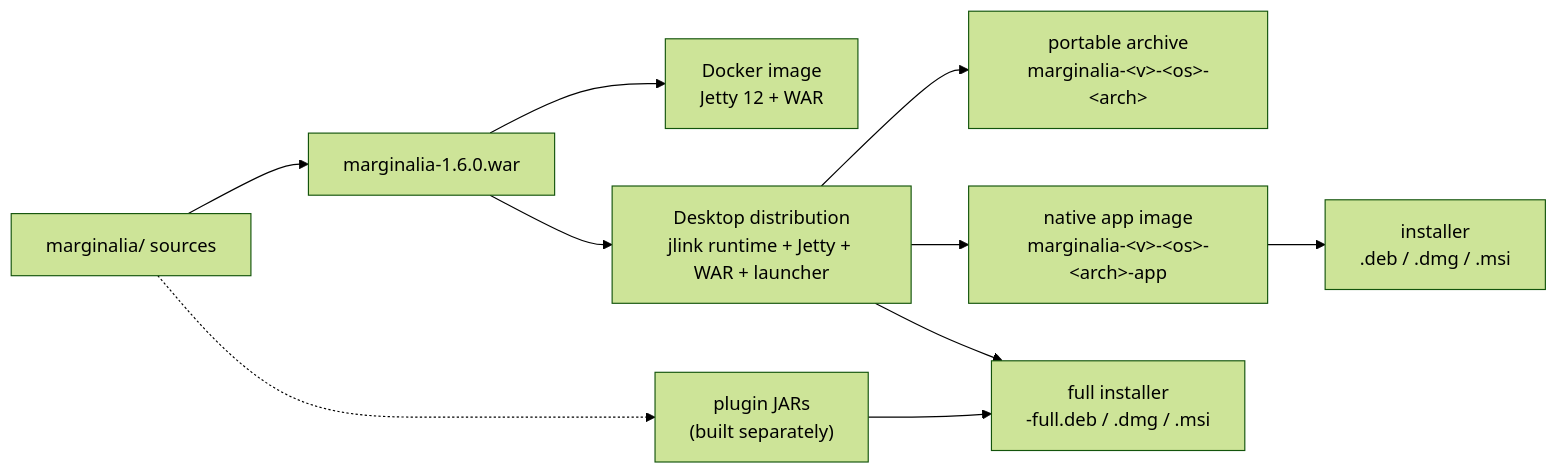
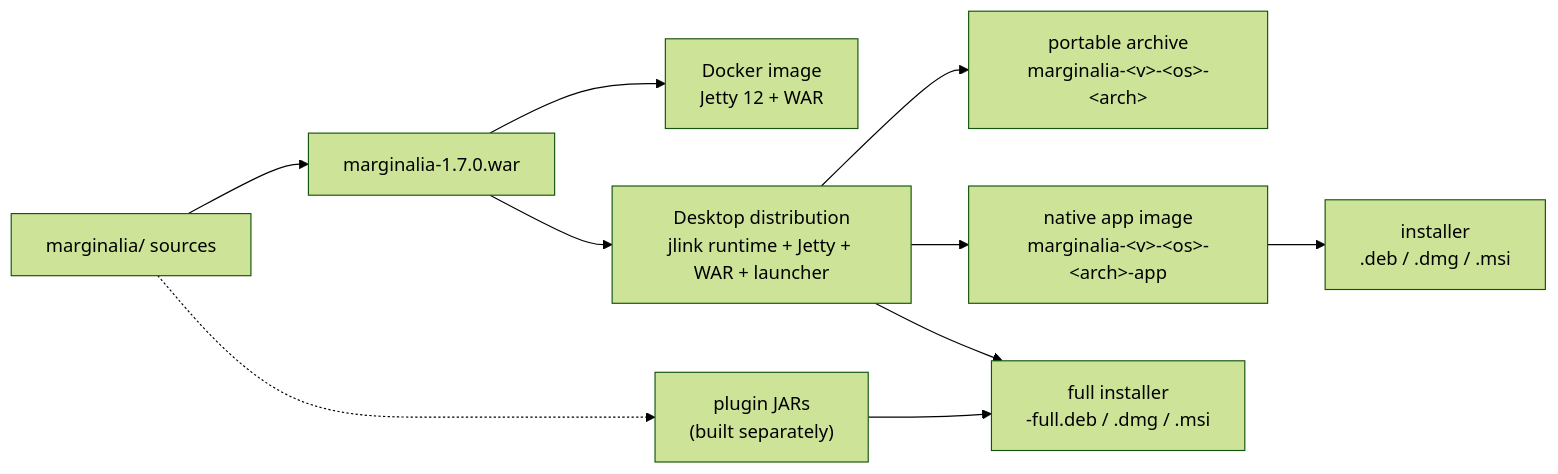
One commit to Enerccio/Marginalia changed the first of 3 diagrams in manual/developer/packaging.md. Above: the diagram before and after it, drawn with Mermaid (forest theme). The commit also changed other lines of this file and 36 other files, not shown here.

````diff
--- a/manual/developer/packaging.md
+++ b/manual/developer/packaging.md
@@ -26,12 +26,12 @@
 ```mermaid
 flowchart LR
-    src["marginalia/ sources"] --> war["marginalia-1.6.0.war"]
+    src["marginalia/ sources"] --> war["marginalia-1.7.0.war"]
     war --> docker["Docker image<br/>Jetty 12 + WAR"]
     war --> desktop["Desktop distribution<br/>jlink runtime + Jetty + WAR + launcher"]
     desktop --> portable["portable archive<br/>marginalia-&lt;v&gt;-&lt;os&gt;-&lt;arch&gt;"]
     desktop --> appimage["native app image<br/>marginalia-&lt;v&gt;-&lt;os&gt;-&lt;arch&gt;-app"]
     appimage --> installer["installer<br/>.deb / .dmg / .msi"]
     plugins["plugin JARs"] --> full["full installer<br/>-full.deb / .dmg / .msi"]
     desktop --> full
     src -.-> plugins["plugin JARs<br/>(built separately)"]
 ```
````
